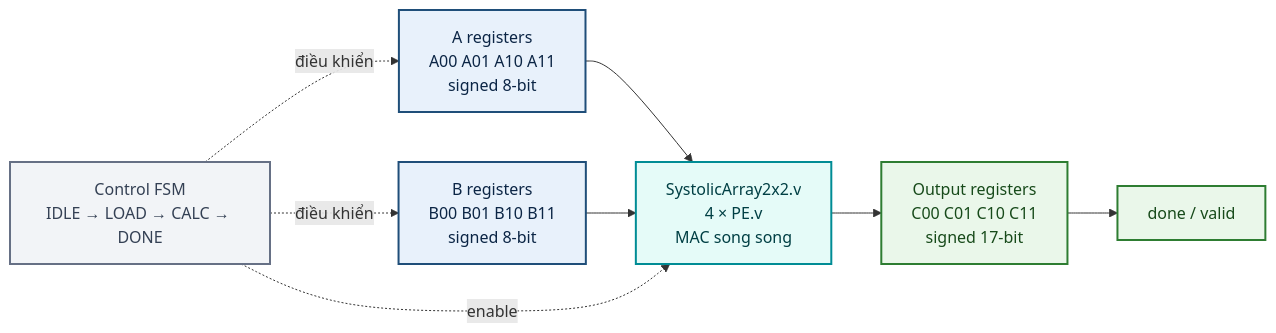
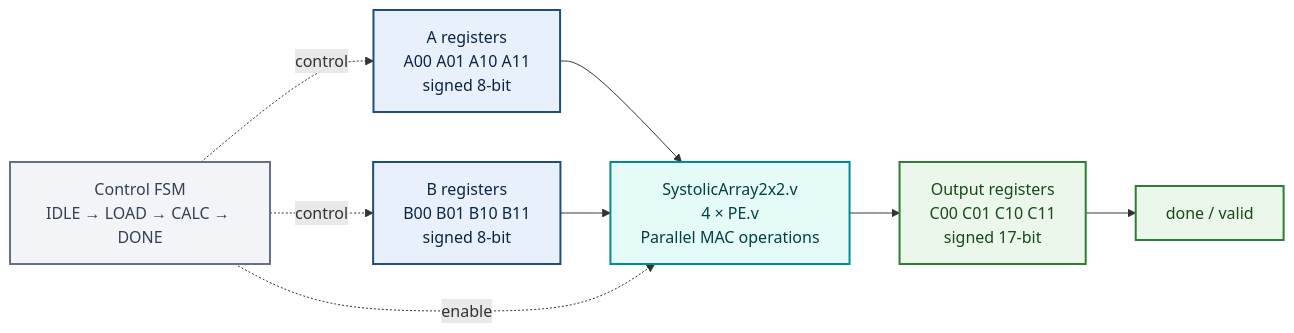
One commit to minhloc203/matrix_mutiplier_2x2 changed the third of 6 diagrams in README.md. Above: the diagram before and after it, drawn with Mermaid. The commit also changed other lines of this file, not shown here.

````diff
--- a/README.md
+++ b/README.md
@@ -197,26 +239,26 @@
 ```mermaid
 flowchart LR
     AREG["A registers<br/>A00 A01 A10 A11<br/>signed 8-bit"]
     BREG["B registers<br/>B00 B01 B10 B11<br/>signed 8-bit"]
     FSM["Control FSM<br/>IDLE → LOAD → CALC → DONE"]
-    ARRAY["SystolicArray2x2.v<br/>4 × PE.v<br/>MAC song song"]
+    ARRAY["SystolicArray2x2.v<br/>4 × PE.v<br/>Parallel MAC operations"]
     OUT["Output registers<br/>C00 C01 C10 C11<br/>signed 17-bit"]
     VALID["done / valid"]
 
     AREG --> ARRAY
     BREG --> ARRAY
-    FSM -. điều khiển .-> AREG
-    FSM -. điều khiển .-> BREG
+    FSM -. control .-> AREG
+    FSM -. control .-> BREG
     FSM -. enable .-> ARRAY
     ARRAY --> OUT
     OUT --> VALID
 
     classDef reg fill:#E8F1FB,stroke:#1F4E79,stroke-width:2px,color:#0B2545;
     classDef control fill:#F2F4F7,stroke:#667085,stroke-width:2px,color:#344054;
     classDef hardware fill:#E5FBF8,stroke:#008C95,stroke-width:2px,color:#003F44;
     classDef result fill:#EAF7EA,stroke:#2E7D32,stroke-width:2px,color:#174A1A;
     class AREG,BREG reg;
     class FSM control;
     class ARRAY hardware;
     class OUT,VALID result;
 ```
````
